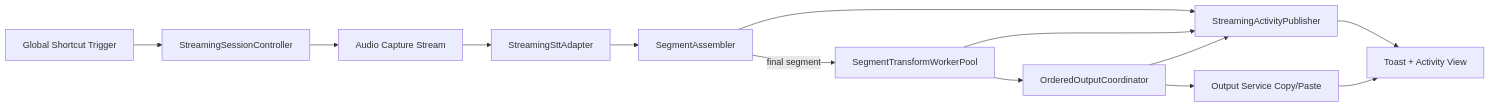
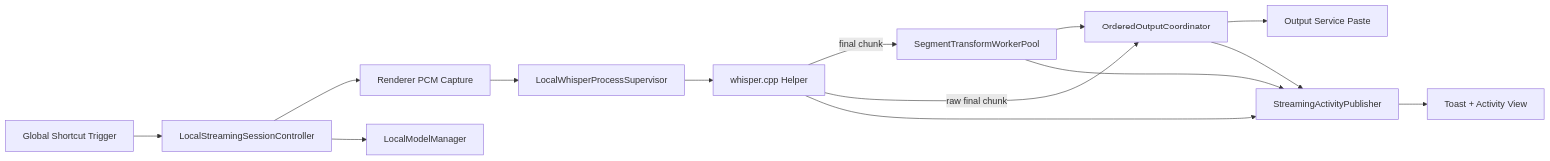
The seventh of 8 diagrams in specs/spec.md (massun-onibakuchi/speech-to-text-app), drawn with Mermaid before and after one commit. The commit also changed other lines of this file and 3 other files, not shown here.

Commit message:
docs: define local whisper streaming rollout plan

````diff
--- a/specs/spec.md
+++ b/specs/spec.md
@@ -994,15 +946,16 @@
 ```mermaid
 flowchart LR
-  U[Global Shortcut Trigger] --> RS[StreamingSessionController]
-  RS --> CAP[Audio Capture Stream]
-  CAP --> STT[StreamingSttAdapter]
-  STT --> ASM[SegmentAssembler]
-  ASM -->|final segment| W[SegmentTransformWorkerPool]
-  W --> ORD[OrderedOutputCoordinator]
-  ORD --> OUT[Output Service Copy/Paste]
-  ASM --> PUB[StreamingActivityPublisher]
+  U[Global Shortcut Trigger] --> S[LocalStreamingSessionController]
+  S --> CAP[Renderer PCM Capture]
+  CAP --> SUP[LocalWhisperProcessSupervisor]
+  S --> MM[LocalModelManager]
+  SUP --> H[whisper.cpp Helper]
+  H -->|final chunk| W[SegmentTransformWorkerPool]
+  H -->|raw final chunk| ORD[OrderedOutputCoordinator]
+  W --> ORD
+  ORD --> OUT[Output Service Paste]
+  H --> PUB[StreamingActivityPublisher]
   W --> PUB
   ORD --> PUB
   PUB --> UI[Toast + Activity View]
-  OUT --> UI
 ```
````
